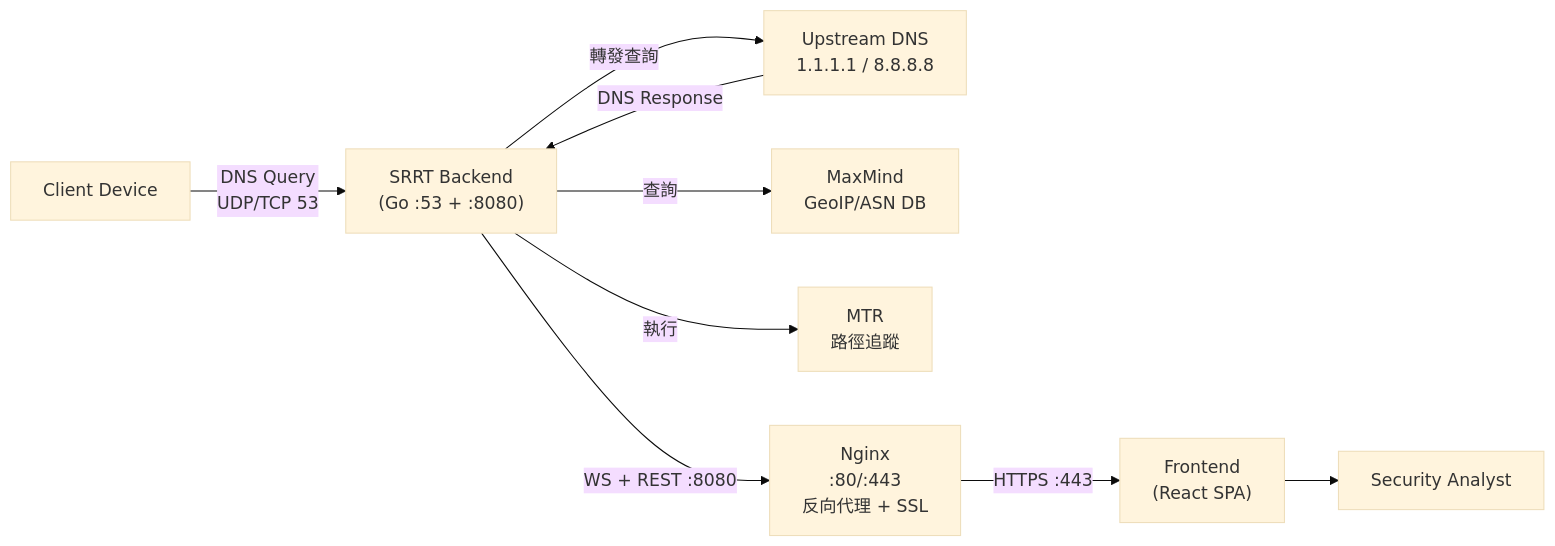
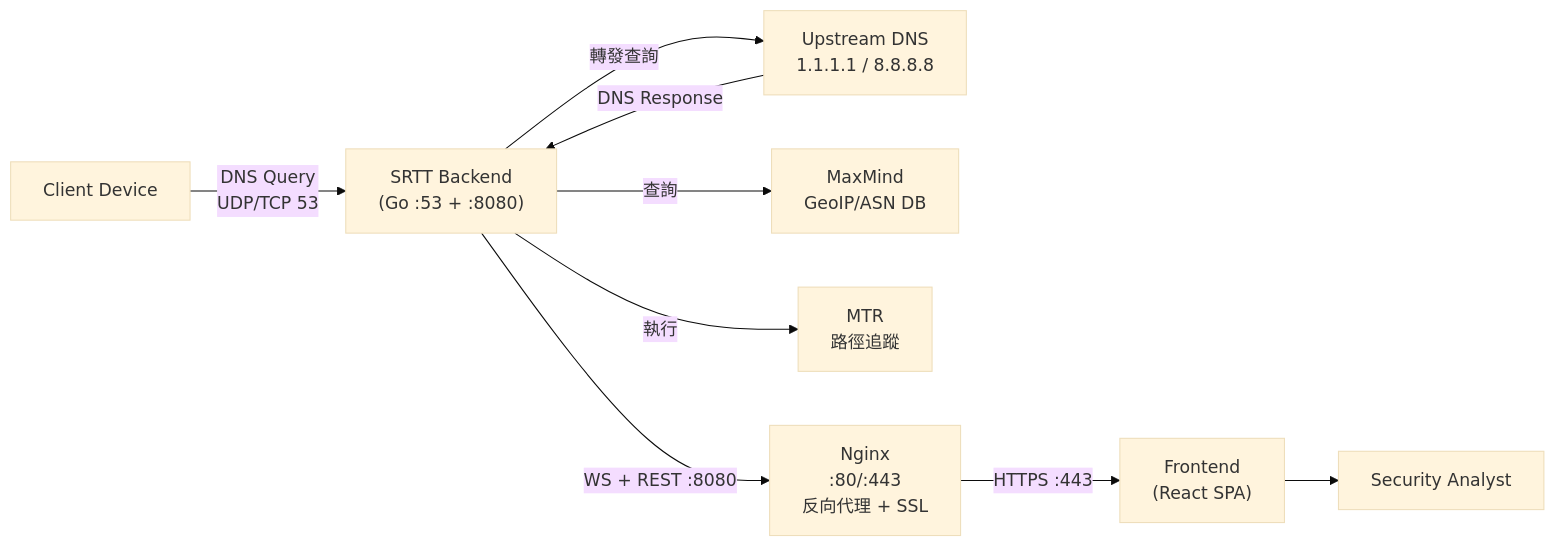
One commit to zeroflare/ocf-srrt changed the diagram in doc/03_system_scope_and_context.md. Above: the diagram before and after it, drawn with Mermaid (base theme). The commit also changed other lines of this file and 27 other files, not shown here.

Commit message:
rename srrt to srtt

````diff
--- a/doc/03_system_scope_and_context.md
+++ b/doc/03_system_scope_and_context.md
@@ -6,20 +6,20 @@
 ```mermaid
 graph LR
     Client["Client Device"]
     Upstream["Upstream DNS<br/>1.1.1.1 / 8.8.8.8"]
-    Backend["SRRT Backend<br/>(Go :53 + :8080)"]
+    Backend["SRTT Backend<br/>(Go :53 + :8080)"]
     GeoIP["MaxMind<br/>GeoIP/ASN DB"]
     MTR["MTR<br/>路徑追蹤"]
     Nginx["Nginx<br/>:80/:443<br/>反向代理 + SSL"]
     Frontend["Frontend<br/>(React SPA)"]
     Analyst["Security Analyst"]
 
     Client -->|"DNS Query<br/>UDP/TCP 53"| Backend
     Backend -->|"轉發查詢"| Upstream
     Upstream -->|"DNS Response"| Backend
     Backend -->|查詢| GeoIP
     Backend -->|執行| MTR
     Backend -->|"WS + REST :8080"| Nginx
     Nginx -->|"HTTPS :443"| Frontend
     Frontend --> Analyst
 ```
````
